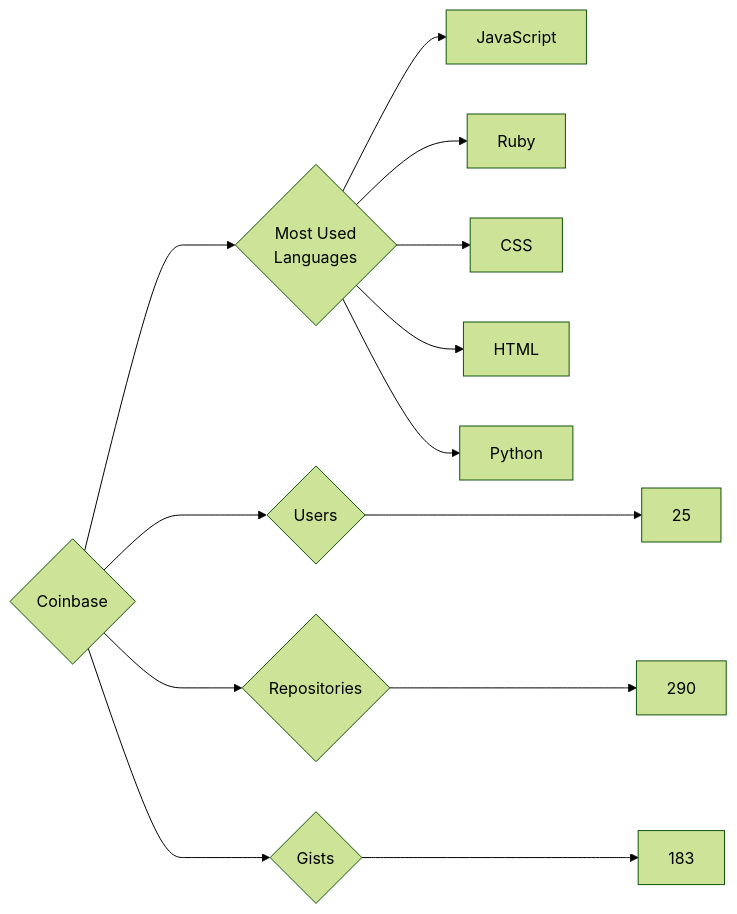
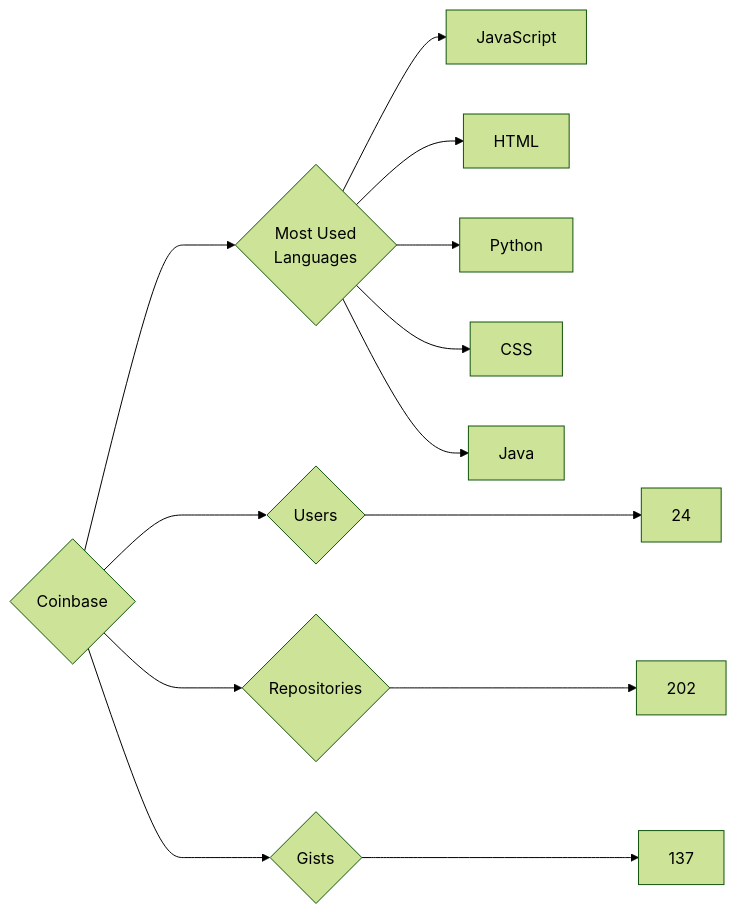
One commit to trickest/insiders changed the diagram in targets/Coinbase/README.md. Above: the diagram before and after it, drawn with Mermaid (forest theme). The commit also changed 934 other files, not shown here.

````diff
--- a/targets/Coinbase/README.md
+++ b/targets/Coinbase/README.md
@@ -3,13 +3,13 @@
 ```mermaid
 graph LR
 COMPANY_NAME{Coinbase}
-COMPANY_NAME ---> U{Users} ---> UN[25]
-COMPANY_NAME ---> R{Repositories} ---> RN[290]
-COMPANY_NAME ---> G{Gists} ---> GN[183]
+COMPANY_NAME ---> U{Users} ---> UN[24]
+COMPANY_NAME ---> R{Repositories} ---> RN[202]
+COMPANY_NAME ---> G{Gists} ---> GN[137]
 COMPANY_NAME ---> ML{Most Used<br>Languages}
 ML --> JavaScript[JavaScript]
-ML --> Ruby[Ruby]
-ML --> CSS[CSS]
 ML --> HTML[HTML]
 ML --> Python[Python]
+ML --> CSS[CSS]
+ML --> Java[Java]
 ```
````
